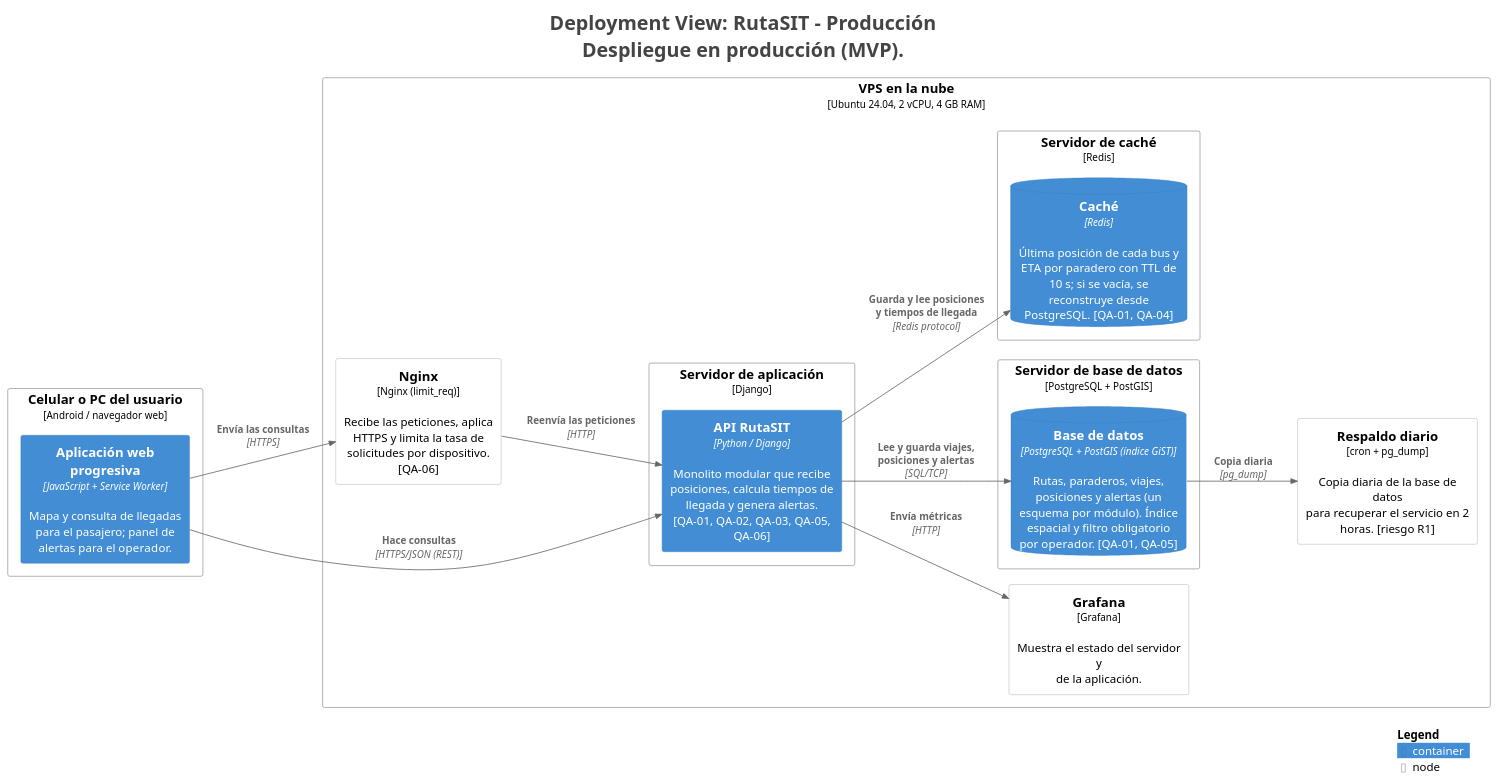
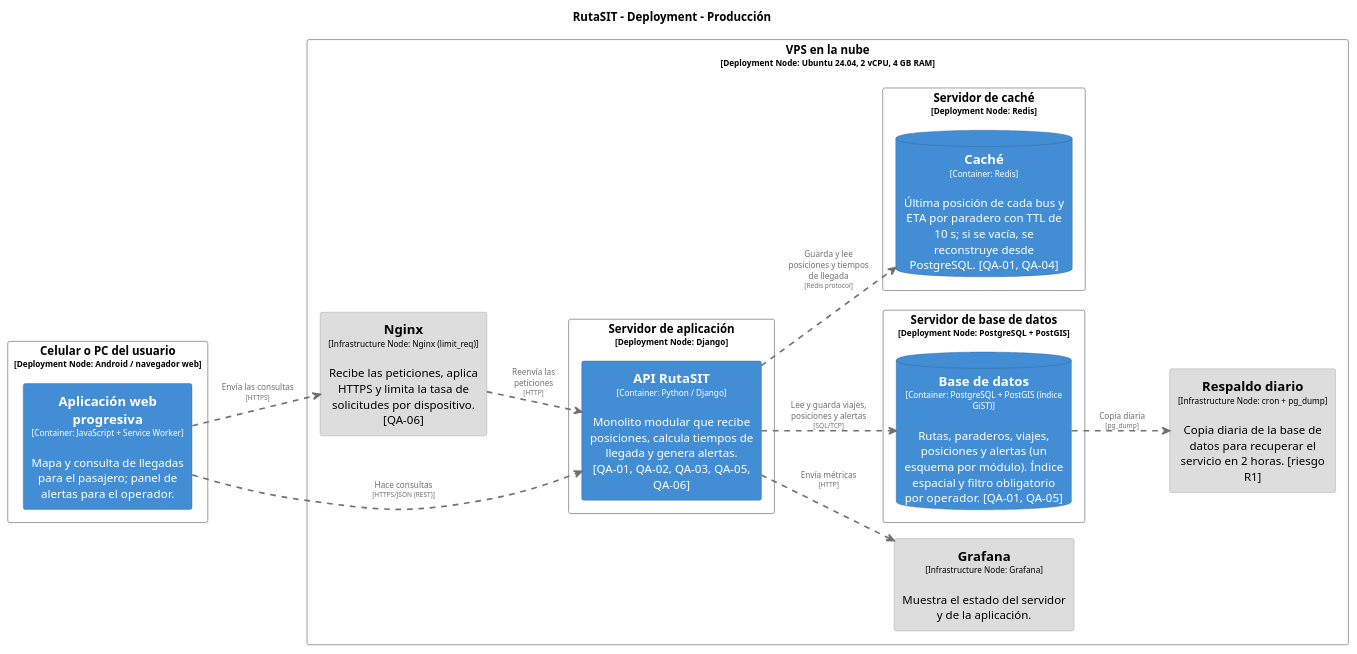
The diagram in docs/architecture/c4/export/structurizr-Despliegue.puml (R0otDrigo/cs-2026b-lab04-grupo06), drawn with PlantUML before and after one commit. The commit also changed 18 other files, not shown here.

Commit message:
CI: regenerar diagramas C4 y Mermaid [skip ci]

```diff
--- a/docs/architecture/c4/export/structurizr-Despliegue.puml
+++ b/docs/architecture/c4/export/structurizr-Despliegue.puml
@@ -1,51 +1,118 @@
 @startuml
-title <size:24>Deployment View: RutaSIT - Producción</size>\n<size:24>Despliegue en producción (MVP).</size>
+set separator none
+title RutaSIT - Deployment - Producción
 
-set separator none
 left to right direction
 
-<style>
-  root {
-    BackgroundColor: #ffffff
-    FontColor: #444444
-  }
-</style>
-
-!include <C4/C4>
-!include <C4/C4_Context>
-!include <C4/C4_Container>
-!include <C4/C4_Deployment>
-
-Deployment_Node(Producción.CelularoPCdelusuario, "Celular o PC del usuario", $type="Android / navegador web", $descr="", $tags="", $link="") {
-  Container(Producción.CelularoPCdelusuario.Aplicaciónwebprogresiva_1, "Aplicación web progresiva", $techn="JavaScript + Service Worker", $descr="Mapa y consulta de llegadas para el pasajero; panel de alertas para el operador.", $tags="", $link="")
+skinparam {
+  arrowFontSize 10
+  defaultTextAlignment center
+  wrapWidth 200
+  maxMessageSize 100
 }
 
-Deployment_Node(Producción.VPSenlanube, "VPS en la nube", $type="Ubuntu 24.04, 2 vCPU, 4 GB RAM", $descr="", $tags="", $link="") {
-  Deployment_Node(Producción.VPSenlanube.Nginx, "Nginx", $type="Nginx (limit_req)", $descr="Recibe las peticiones, aplica HTTPS y limita la tasa de solicitudes por dispositivo. [QA-06]", $tags="", $link="")
-  Deployment_Node(Producción.VPSenlanube.Respaldodiario, "Respaldo diario", $type="cron + pg_dump", $descr="Copia diaria de la base de datos para recuperar el servicio en 2 horas. [riesgo R1]", $tags="", $link="")
-  Deployment_Node(Producción.VPSenlanube.Grafana, "Grafana", $type="Grafana", $descr="Muestra el estado del servidor y de la aplicación.", $tags="", $link="")
-  Deployment_Node(Producción.VPSenlanube.Servidordeaplicación, "Servidor de aplicación", $type="Django", $descr="", $tags="", $link="") {
-    Container(Producción.VPSenlanube.Servidordeaplicación.APIRutaSIT_1, "API RutaSIT", $techn="Python / Django", $descr="Monolito modular que recibe posiciones, calcula tiempos de llegada y genera alertas. [QA-01, QA-02, QA-03, QA-05, QA-06]", $tags="", $link="")
+hide stereotype
+
+skinparam rectangle<<Producción.VPSenlanube.Servidordeaplicación.APIRutaSIT_1>> {
+  BackgroundColor #438dd5
+  FontColor #ffffff
+  BorderColor #2e6295
+  shadowing false
+}
+skinparam rectangle<<Producción.CelularoPCdelusuario.Aplicaciónwebprogresiva_1>> {
+  BackgroundColor #438dd5
+  FontColor #ffffff
+  BorderColor #2e6295
+  shadowing false
+}
+skinparam database<<Producción.VPSenlanube.Servidordebasededatos.Basededatos_1>> {
+  BackgroundColor #438dd5
+  FontColor #ffffff
+  BorderColor #2e6295
+  shadowing false
+}
+skinparam database<<Producción.VPSenlanube.Servidordecaché.Caché_1>> {
+  BackgroundColor #438dd5
+  FontColor #ffffff
+  BorderColor #2e6295
+  shadowing false
+}
+skinparam rectangle<<Producción.CelularoPCdelusuario>> {
+  BackgroundColor #ffffff
+  FontColor #000000
+  BorderColor #888888
+  shadowing false
+}
+skinparam rectangle<<Producción.VPSenlanube.Grafana>> {
+  BackgroundColor #dddddd
+  FontColor #000000
+  BorderColor #9a9a9a
+  shadowing false
+}
+skinparam rectangle<<Producción.VPSenlanube.Nginx>> {
+  BackgroundColor #dddddd
+  FontColor #000000
+  BorderColor #9a9a9a
+  shadowing false
+}
+skinparam rectangle<<Producción.VPSenlanube.Respaldodiario>> {
+  BackgroundColor #dddddd
+  FontColor #000000
+  BorderColor #9a9a9a
+  shadowing false
+}
+skinparam rectangle<<Producción.VPSenlanube.Servidordeaplicación>> {
+  BackgroundColor #ffffff
+  FontColor #000000
+  BorderColor #888888
+  shadowing false
+}
+skinparam rectangle<<Producción.VPSenlanube.Servidordebasededatos>> {
+  BackgroundColor #ffffff
+  FontColor #000000
+  BorderColor #888888
+  shadowing false
+}
+skinparam rectangle<<Producción.VPSenlanube.Servidordecaché>> {
+  BackgroundColor #ffffff
+  FontColor #000000
+  BorderColor #888888
+  shadowing false
+}
+skinparam rectangle<<Producción.VPSenlanube>> {
+  BackgroundColor #ffffff
+  FontColor #000000
+  BorderColor #888888
+  shadowing false
+}
+
+rectangle "Celular o PC del usuario\n<size:10>[Deployment Node: Android / navegador web]</size>" <<Producción.CelularoPCdelusuario>> as Producción.CelularoPCdelusuario {
+  rectangle "==Aplicación web progresiva\n<size:10>[Container: JavaScript + Service Worker]</size>\n\nMapa y consulta de llegadas para el pasajero; panel de alertas para el operador." <<Producción.CelularoPCdelusuario.Aplicaciónwebprogresiva_1>> as Producción.CelularoPCdelusuario.Aplicaciónwebprogresiva_1
+}
+
+rectangle "VPS en la nube\n<size:10>[Deployment Node: Ubuntu 24.04, 2 vCPU, 4 GB RAM]</size>" <<Producción.VPSenlanube>> as Producción.VPSenlanube {
+  rectangle "==Nginx\n<size:10>[Infrastructure Node: Nginx (limit_req)]</size>\n\nRecibe las peticiones, aplica HTTPS y limita la tasa de solicitudes por dispositivo. [QA-06]" <<Producción.VPSenlanube.Nginx>> as Producción.VPSenlanube.Nginx
+  rectangle "==Respaldo diario\n<size:10>[Infrastructure Node: cron + pg_dump]</size>\n\nCopia diaria de la base de datos para recuperar el servicio en 2 horas. [riesgo R1]" <<Producción.VPSenlanube.Respaldodiario>> as Producción.VPSenlanube.Respaldodiario
+  rectangle "==Grafana\n<size:10>[Infrastructure Node: Grafana]</size>\n\nMuestra el estado del servidor y de la aplicación." <<Producción.VPSenlanube.Grafana>> as Producción.VPSenlanube.Grafana
+  rectangle "Servidor de aplicación\n<size:10>[Deployment Node: Django]</size>" <<Producción.VPSenlanube.Servidordeaplicación>> as Producción.VPSenlanube.Servidordeaplicación {
+    rectangle "==API RutaSIT\n<size:10>[Container: Python / Django]</size>\n\nMonolito modular que recibe posiciones, calcula tiempos de llegada y genera alertas. [QA-01, QA-02, QA-03, QA-05, QA-06]" <<Producción.VPSenlanube.Servidordeaplicación.APIRutaSIT_1>> as Producción.VPSenlanube.Servidordeaplicación.APIRutaSIT_1
   }
 
-  Deployment_Node(Producción.VPSenlanube.Servidordebasededatos, "Servidor de base de datos", $type="PostgreSQL + PostGIS", $descr="", $tags="", $link="") {
-    ContainerDb(Producción.VPSenlanube.Servidordebasededatos.Basededatos_1, "Base de datos", $techn="PostgreSQL + PostGIS (índice GiST)", $descr="Rutas, paraderos, viajes, posiciones y alertas (un esquema por módulo). Índice espacial y filtro obligatorio por operador. [QA-01, QA-05]", $tags="", $link="")
+  rectangle "Servidor de base de datos\n<size:10>[Deployment Node: PostgreSQL + PostGIS]</size>" <<Producción.VPSenlanube.Servidordebasededatos>> as Producción.VPSenlanube.Servidordebasededatos {
+    database "==Base de datos\n<size:10>[Container: PostgreSQL + PostGIS (índice GiST)]</size>\n\nRutas, paraderos, viajes, posiciones y alertas (un esquema por módulo). Índice espacial y filtro obligatorio por operador. [QA-01, QA-05]" <<Producción.VPSenlanube.Servidordebasededatos.Basededatos_1>> as Producción.VPSenlanube.Servidordebasededatos.Basededatos_1
   }
 
-  Deployment_Node(Producción.VPSenlanube.Servidordecaché, "Servidor de caché", $type="Redis", $descr="", $tags="", $link="") {
-    ContainerDb(Producción.VPSenlanube.Servidordecaché.Caché_1, "Caché", $techn="Redis", $descr="Última posición de cada bus y ETA por paradero con TTL de 10 s; si se vacía, se reconstruye desde PostgreSQL. [QA-01, QA-04]", $tags="", $link="")
+  rectangle "Servidor de caché\n<size:10>[Deployment Node: Redis]</size>" <<Producción.VPSenlanube.Servidordecaché>> as Producción.VPSenlanube.Servidordecaché {
+    database "==Caché\n<size:10>[Container: Redis]</size>\n\nÚltima posición de cada bus y ETA por paradero con TTL de 10 s; si se vacía, se reconstruye desde PostgreSQL. [QA-01, QA-04]" <<Producción.VPSenlanube.Servidordecaché.Caché_1>> as Producción.VPSenlanube.Servidordecaché.Caché_1
   }
 
 }
 
-Rel(Producción.CelularoPCdelusuario.Aplicaciónwebprogresiva_1, Producción.VPSenlanube.Servidordeaplicación.APIRutaSIT_1, "Hace consultas", $techn="HTTPS/JSON (REST)", $tags="", $link="")
-Rel(Producción.VPSenlanube.Servidordeaplicación.APIRutaSIT_1, Producción.VPSenlanube.Servidordebasededatos.Basededatos_1, "Lee y guarda viajes, posiciones y alertas", $techn="SQL/TCP", $tags="", $link="")
-Rel(Producción.VPSenlanube.Servidordeaplicación.APIRutaSIT_1, Producción.VPSenlanube.Servidordecaché.Caché_1, "Guarda y lee posiciones y tiempos de llegada", $techn="Redis protocol", $tags="", $link="")
-Rel(Producción.CelularoPCdelusuario.Aplicaciónwebprogresiva_1, Producción.VPSenlanube.Nginx, "Envía las consultas", $techn="HTTPS", $tags="", $link="")
-Rel(Producción.VPSenlanube.Nginx, Producción.VPSenlanube.Servidordeaplicación.APIRutaSIT_1, "Reenvía las peticiones", $techn="HTTP", $tags="", $link="")
-Rel(Producción.VPSenlanube.Servidordeaplicación.APIRutaSIT_1, Producción.VPSenlanube.Grafana, "Envía métricas", $techn="HTTP", $tags="", $link="")
-Rel(Producción.VPSenlanube.Servidordebasededatos.Basededatos_1, Producción.VPSenlanube.Respaldodiario, "Copia diaria", $techn="pg_dump", $tags="", $link="")
-
-SHOW_LEGEND(true)
-hide stereotypes
+Producción.CelularoPCdelusuario.Aplicaciónwebprogresiva_1 .[#707070,thickness=2].> Producción.VPSenlanube.Servidordeaplicación.APIRutaSIT_1 : "<color:#707070>Hace consultas\n<color:#707070><size:8>[HTTPS/JSON (REST)]</size>"
+Producción.VPSenlanube.Servidordeaplicación.APIRutaSIT_1 .[#707070,thickness=2].> Producción.VPSenlanube.Servidordebasededatos.Basededatos_1 : "<color:#707070>Lee y guarda viajes, posiciones y alertas\n<color:#707070><size:8>[SQL/TCP]</size>"
+Producción.VPSenlanube.Servidordeaplicación.APIRutaSIT_1 .[#707070,thickness=2].> Producción.VPSenlanube.Servidordecaché.Caché_1 : "<color:#707070>Guarda y lee posiciones y tiempos de llegada\n<color:#707070><size:8>[Redis protocol]</size>"
+Producción.CelularoPCdelusuario.Aplicaciónwebprogresiva_1 .[#707070,thickness=2].> Producción.VPSenlanube.Nginx : "<color:#707070>Envía las consultas\n<color:#707070><size:8>[HTTPS]</size>"
+Producción.VPSenlanube.Nginx .[#707070,thickness=2].> Producción.VPSenlanube.Servidordeaplicación.APIRutaSIT_1 : "<color:#707070>Reenvía las peticiones\n<color:#707070><size:8>[HTTP]</size>"
+Producción.VPSenlanube.Servidordeaplicación.APIRutaSIT_1 .[#707070,thickness=2].> Producción.VPSenlanube.Grafana : "<color:#707070>Envía métricas\n<color:#707070><size:8>[HTTP]</size>"
+Producción.VPSenlanube.Servidordebasededatos.Basededatos_1 .[#707070,thickness=2].> Producción.VPSenlanube.Respaldodiario : "<color:#707070>Copia diaria\n<color:#707070><size:8>[pg_dump]</size>"
 @enduml
```
